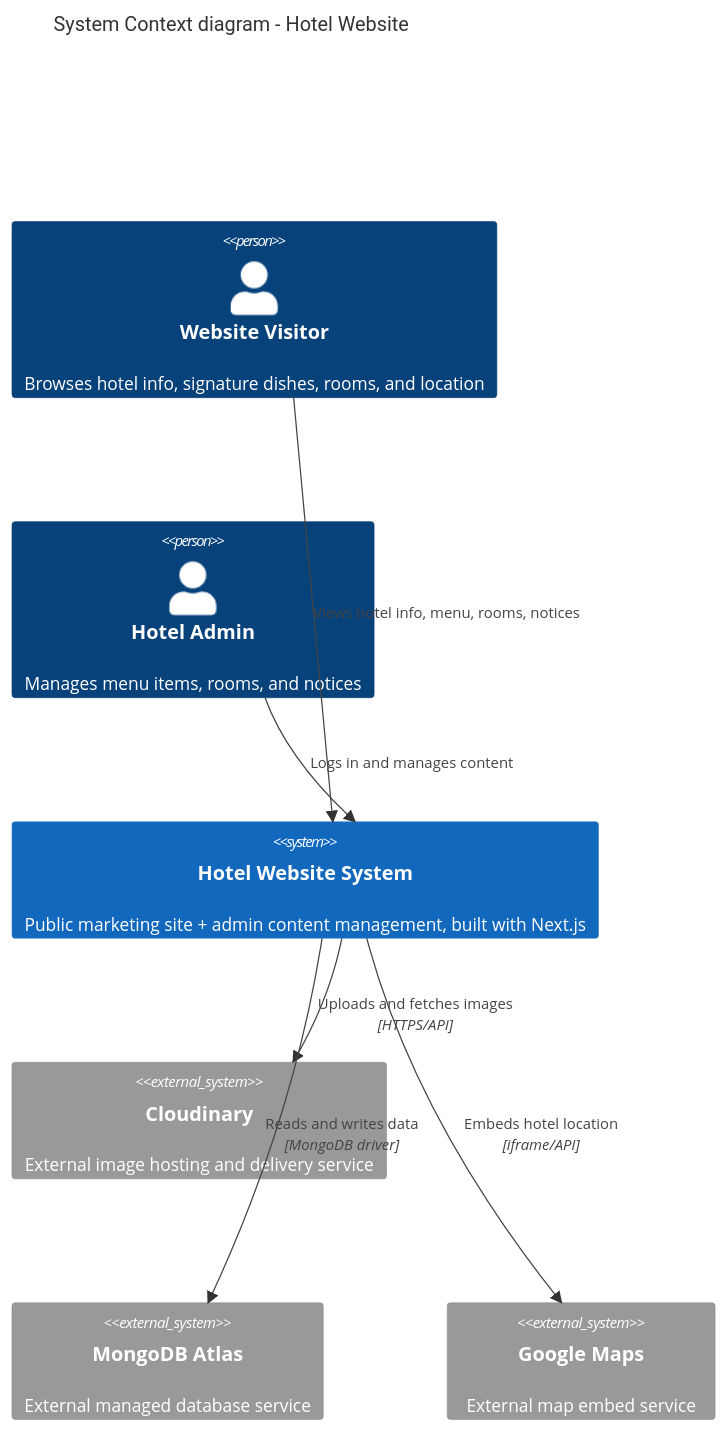
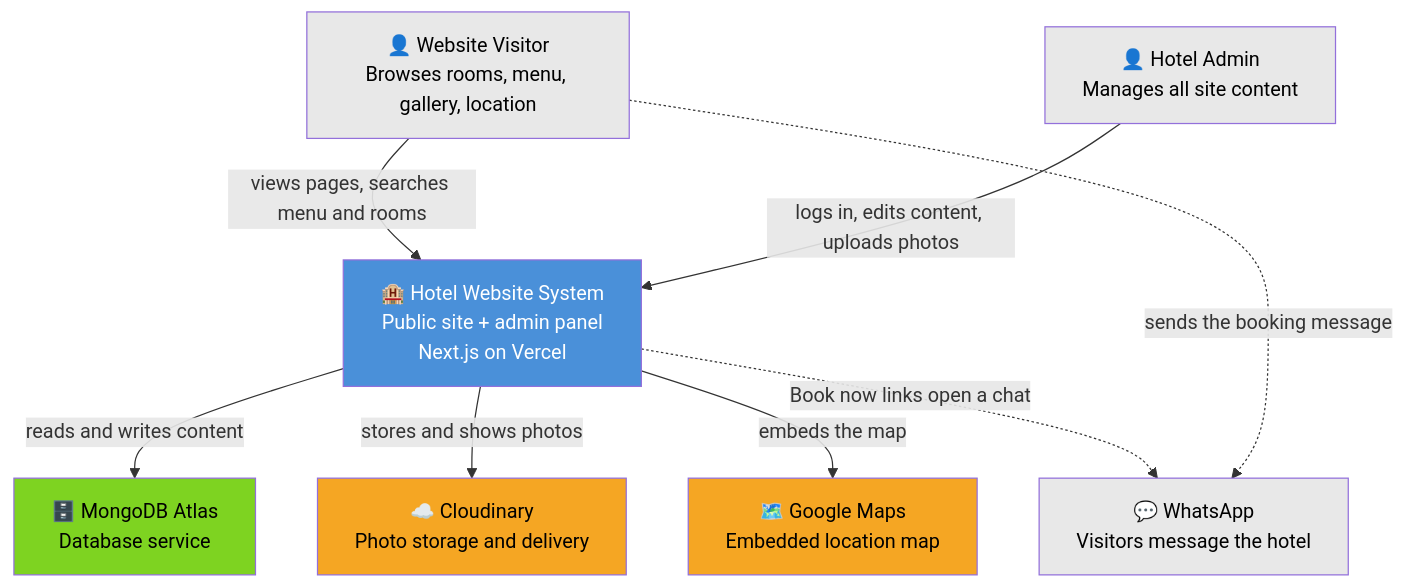
The diagram in docs/architecture/01-context.md (Reason-Dahal/Hotel-Heritage), drawn with Mermaid before and after one commit. The commit also changed other lines of this file and 5 other files, not shown here.

Commit message:
docs: refresh c4 diagrams, schema, and api spec; add adr 0011

````diff
--- a/docs/architecture/01-context.md
+++ b/docs/architecture/01-context.md
@@ -7,19 +7,28 @@
 ```mermaid
-C4Context
-title System Context diagram - Hotel Website
+flowchart TB
+    visitor["👤 Website Visitor<br/>Browses rooms, menu, gallery, location"]
+    admin["👤 Hotel Admin<br/>Manages all site content"]
 
-Person(visitor, "Website Visitor", "Browses hotel info, signature dishes, rooms, and location")
-Person(admin, "Hotel Admin", "Manages menu items, rooms, and notices")
+    hotelSite["🏨 Hotel Website System<br/>Public site + admin panel<br/>Next.js on Vercel"]
 
-System(hotelSite, "Hotel Website System", "Public marketing site + admin content management, built with Next.js")
+    mongo["🗄️ MongoDB Atlas<br/>Database service"]
+    cloudinary["☁️ Cloudinary<br/>Photo storage and delivery"]
+    maps["🗺️ Google Maps<br/>Embedded location map"]
+    whatsapp["💬 WhatsApp<br/>Visitors message the hotel"]
 
-System_Ext(cloudinary, "Cloudinary", "External image hosting and delivery service")
-System_Ext(mongo, "MongoDB Atlas", "External managed database service")
-System_Ext(maps, "Google Maps", "External map embed service")
+    visitor -->|"views pages, searches menu and rooms"| hotelSite
+    admin -->|"logs in, edits content, uploads photos"| hotelSite
+    hotelSite -->|"reads and writes content"| mongo
+    hotelSite -->|"stores and shows photos"| cloudinary
+    hotelSite -->|"embeds the map"| maps
+    hotelSite -.->|"Book now links open a chat"| whatsapp
+    visitor -.->|"sends the booking message"| whatsapp
 
-Rel(visitor, hotelSite, "Views hotel info, menu, rooms, notices")
-Rel(admin, hotelSite, "Logs in and manages content")
-Rel(hotelSite, cloudinary, "Uploads and fetches images", "HTTPS/API")
-Rel(hotelSite, mongo, "Reads and writes data", "MongoDB driver")
-Rel(hotelSite, maps, "Embeds hotel location", "iframe/API")
+    style hotelSite fill:#4A90D9,color:#fff
+    style visitor fill:#e8e8e8,color:#000
+    style admin fill:#e8e8e8,color:#000
+    style mongo fill:#7ED321,color:#000
+    style cloudinary fill:#F5A623,color:#000
+    style maps fill:#F5A623,color:#000
+    style whatsapp fill:#e8e8e8,color:#000
 ```
````
